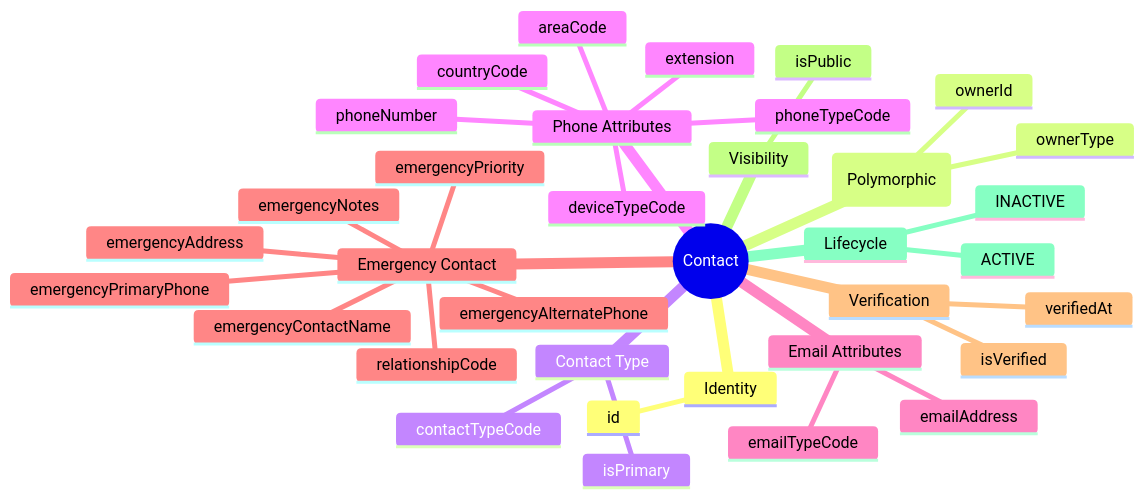
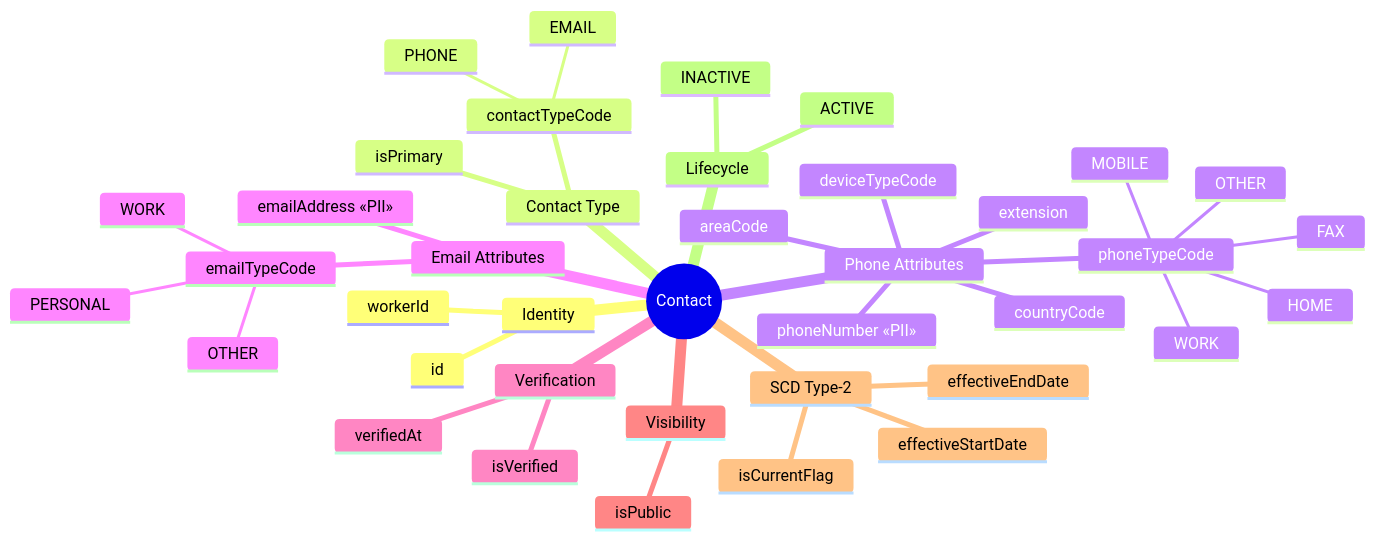
The first of 3 diagrams in docs/01-modules/CO/00-new/02.ontology/person/Contact.onto.md (a4b-corporation/xTalent), drawn with Mermaid before and after one commit. The commit also changed other lines of this file and 6 other files, not shown here.

````diff
--- a/docs/01-modules/CO/00-new/02.ontology/person/Contact.onto.md
+++ b/docs/01-modules/CO/00-new/02.ontology/person/Contact.onto.md
@@ -292,38 +248,42 @@
 ```mermaid
 mindmap
   root((Contact))
     Identity
       id
-    Owner (Polymorphic)
-      ownerType
-      ownerId
+      workerId
     Contact Type
       contactTypeCode
+        PHONE
+        EMAIL
       isPrimary
     Phone Attributes
       phoneTypeCode
-      phoneNumber
+        MOBILE
+        HOME
+        WORK
+        FAX
+        OTHER
+      phoneNumber «PII»
       countryCode
       areaCode
       extension
       deviceTypeCode
     Email Attributes
       emailTypeCode
-      emailAddress
-    Emergency Contact
-      emergencyContactName
-      relationshipCode
-      emergencyPrimaryPhone
-      emergencyAlternatePhone
-      emergencyAddress
-      emergencyPriority
-      emergencyNotes
+        PERSONAL
+        WORK
+        OTHER
+      emailAddress «PII»
     Verification
       isVerified
       verifiedAt
     Visibility
       isPublic
+    SCD Type-2
+      effectiveStartDate
+      effectiveEndDate
+      isCurrentFlag
     Lifecycle
       ACTIVE
       INACTIVE
 ```
````
